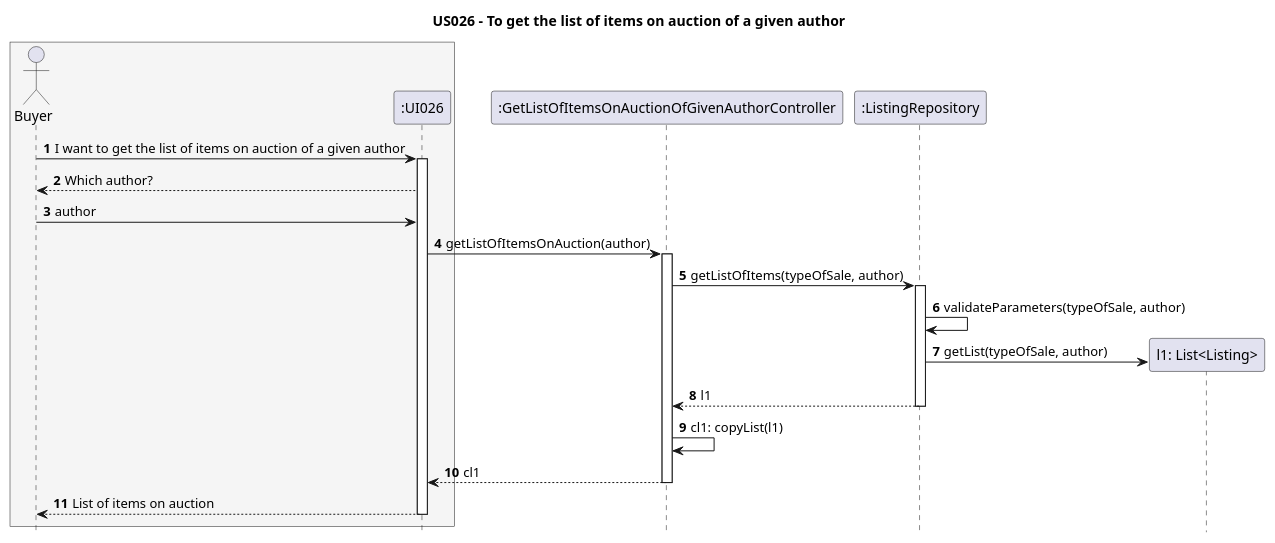
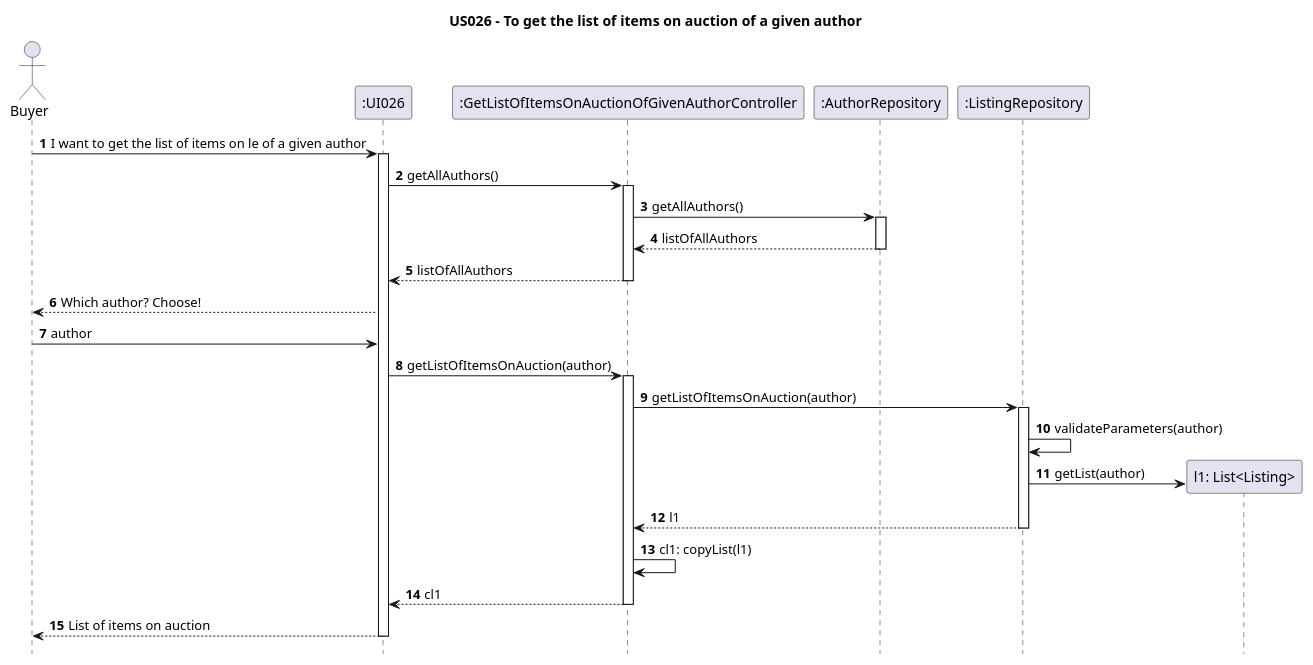
One commit to AndrePereiraGitH/SWitCH-Project-Team_A changed the diagram in Diagrams/SequenceDiagrams/N2/US026-to-get-the-list-of-items-on-auction-of-a-given-author.puml. Above: the diagram before and after it, drawn with PlantUML. The commit also changed 5 other files, not shown here.

```diff
--- a/Diagrams/SequenceDiagrams/N2/US026-to-get-the-list-of-items-on-auction-of-a-given-author.puml
+++ b/Diagrams/SequenceDiagrams/N2/US026-to-get-the-list-of-items-on-auction-of-a-given-author.puml
@@ -1,44 +1,52 @@
 @startuml
 
 hide footbox
 autonumber
 title US026 - To get the list of items on auction of a given author
 
-box #WhiteSmoke
 actor Buyer
 participant ":UI026" as UI026
-end box
 
 participant ":GetListOfItemsOnAuctionOfGivenAuthorController" as GetListOfItemsOnAuctionOfGivenAuthorController
 
+participant ":AuthorRepository" as AuthorRepository
+
 participant ":ListingRepository" as ListingRepository
 
-Buyer -> UI026 : I want to get the list of items on auction of a given author
+Buyer -> UI026 : I want to get the list of items on le of a given author
 activate UI026
-Buyer <-- UI026 : Which author?
+UI026 -> GetListOfItemsOnAuctionOfGivenAuthorController : getAllAuthors()
+activate GetListOfItemsOnAuctionOfGivenAuthorController
+GetListOfItemsOnAuctionOfGivenAuthorController -> AuthorRepository: getAllAuthors()
+activate AuthorRepository
+AuthorRepository --> GetListOfItemsOnAuctionOfGivenAuthorController: listOfAllAuthors
+deactivate AuthorRepository
+GetListOfItemsOnAuctionOfGivenAuthorController --> UI026 : listOfAllAuthors
+deactivate GetListOfItemsOnAuctionOfGivenAuthorController
+Buyer <-- UI026 : Which author? Choose!
 Buyer -> UI026 : author
 
 UI026 -> GetListOfItemsOnAuctionOfGivenAuthorController : getListOfItemsOnAuction(author)
 activate GetListOfItemsOnAuctionOfGivenAuthorController
 
-GetListOfItemsOnAuctionOfGivenAuthorController -> ListingRepository : getListOfItems(typeOfSale, author)
+GetListOfItemsOnAuctionOfGivenAuthorController -> ListingRepository : getListOfItemsOnAuction(author)
 activate ListingRepository
 
 
-ListingRepository -> ListingRepository : validateParameters(typeOfSale, author)
+ListingRepository -> ListingRepository : validateParameters(author)
 
 create "l1: List<Listing>" as Listing
-ListingRepository -> Listing : getList(typeOfSale, author)
+ListingRepository -> Listing : getList(author)
 
 ListingRepository --> GetListOfItemsOnAuctionOfGivenAuthorController : l1
 deactivate ListingRepository
 
 GetListOfItemsOnAuctionOfGivenAuthorController -> GetListOfItemsOnAuctionOfGivenAuthorController : cl1: copyList(l1)
 
 GetListOfItemsOnAuctionOfGivenAuthorController --> UI026 : cl1
 deactivate GetListOfItemsOnAuctionOfGivenAuthorController
 
 UI026 --> Buyer : List of items on auction
 deactivate UI026
 
 @enduml
```
